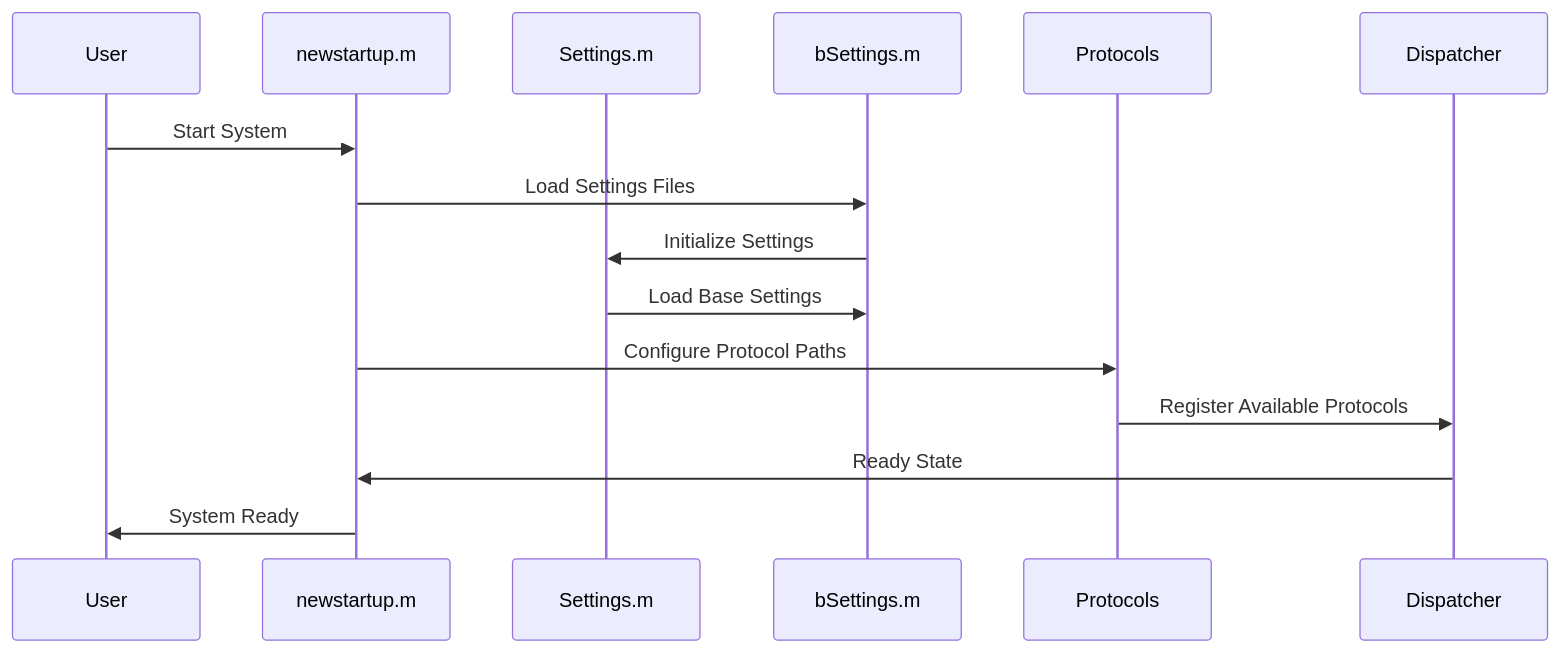
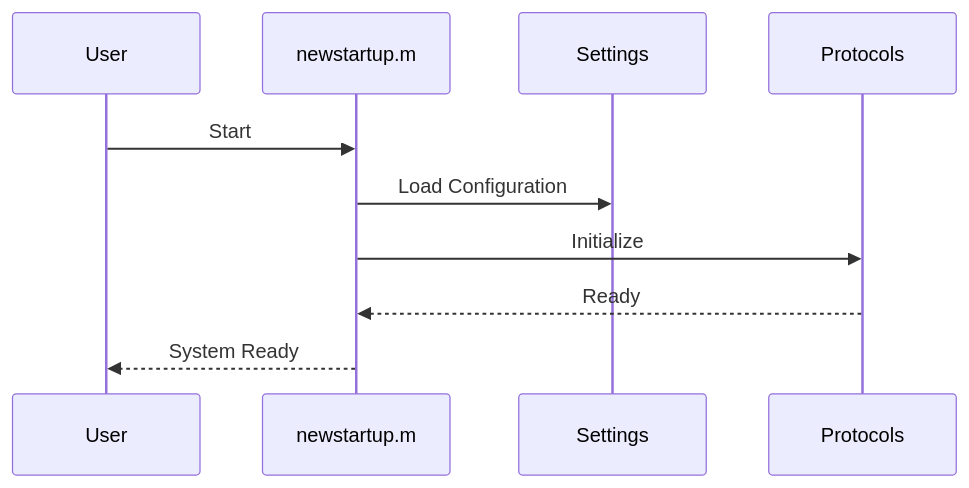
The third of 4 diagrams in docs/architecture/system-architecture.md (LIMLabSWC/ratter), drawn with Mermaid before and after one commit. The commit also changed other lines of this file, not shown here.

Commit message:
update architecture graphs

````diff
--- a/docs/architecture/system-architecture.md
+++ b/docs/architecture/system-architecture.md
@@ -94,18 +97,13 @@
 ```mermaid
 sequenceDiagram
-    participant U as User
-    participant NS as newstartup.m
-    participant S as Settings.m
-    participant BS as bSettings.m
-    participant P as Protocols
-    participant D as Dispatcher
+    participant User
+    participant System as newstartup.m
+    participant Settings
+    participant Protocols
 
-    U->>NS: Start System
-    NS->>BS: Load Settings Files
-    BS->>S: Initialize Settings
-    S->>BS: Load Base Settings
-    NS->>P: Configure Protocol Paths
-    P->>D: Register Available Protocols
-    D->>NS: Ready State
-    NS->>U: System Ready
+    User->>System: Start
+    System->>Settings: Load Configuration
+    System->>Protocols: Initialize
+    Protocols-->>System: Ready
+    System-->>User: System Ready
 ```
````
